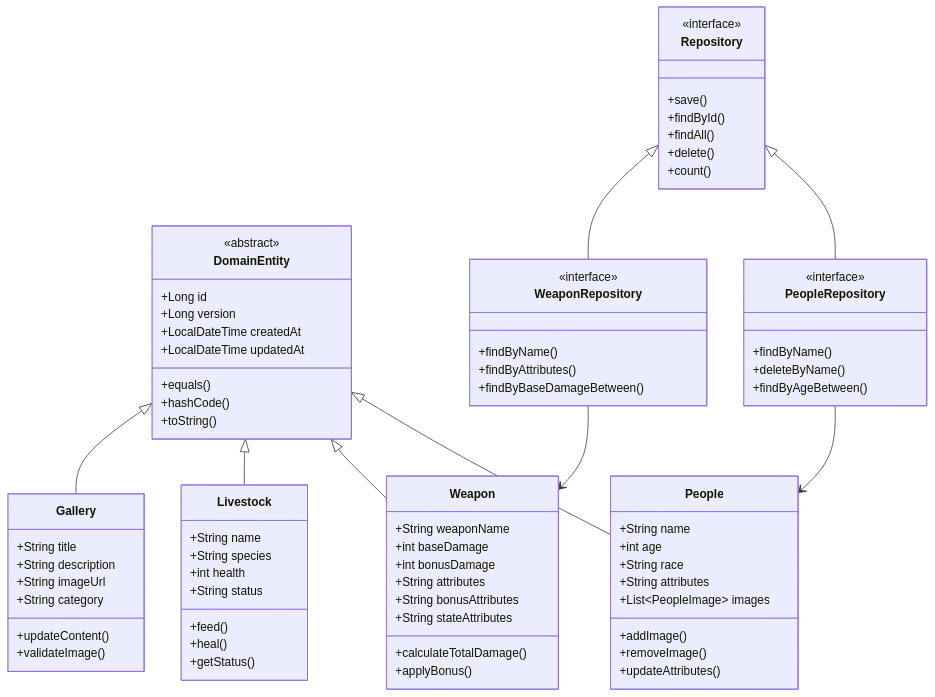
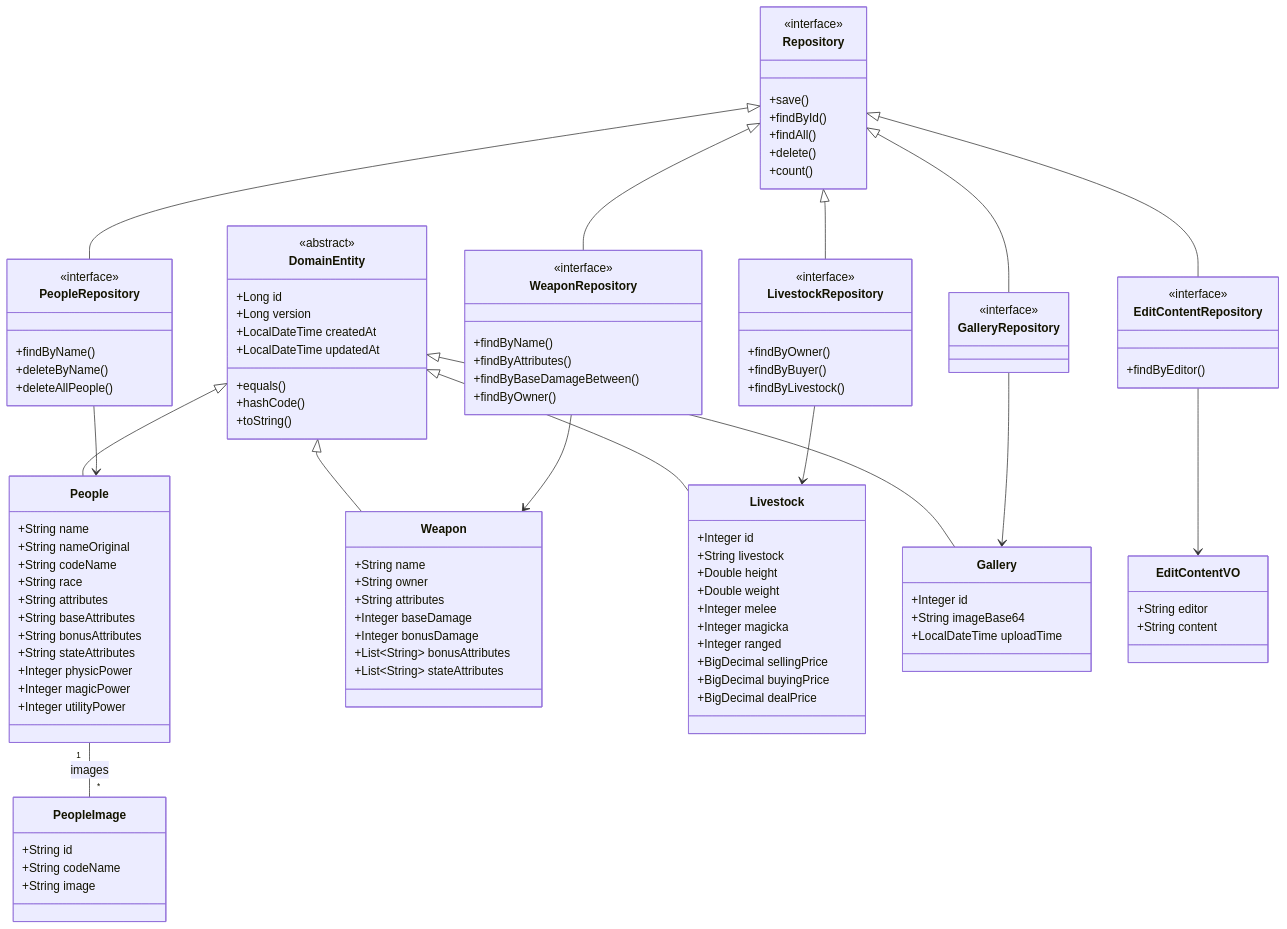
The third of 16 diagrams in README.md (Vinskao/ty-multiverse-backend), drawn with Mermaid before and after one commit. The commit also changed other lines of this file, not shown here.

Commit message:
info: update structure md

````diff
--- a/README.md
+++ b/README.md
@@ -141,48 +141,61 @@
         +hashCode()
         +toString()
     }
-    
+
     class People {
         +String name
-        +int age
+        +String nameOriginal
+        +String codeName
         +String race
         +String attributes
-        +List~PeopleImage~ images
-        +addImage()
-        +removeImage()
-        +updateAttributes()
-    }
-    
-    class Weapon {
-        +String weaponName
-        +int baseDamage
-        +int bonusDamage
-        +String attributes
+        +String baseAttributes
         +String bonusAttributes
         +String stateAttributes
-        +calculateTotalDamage()
-        +applyBonus()
+        +Integer physicPower
+        +Integer magicPower
+        +Integer utilityPower
     }
-    
+
+    class PeopleImage {
+        +String id
+        +String codeName
+        +String image
+    }
+
+    class Weapon {
+        +String name
+        +String owner
+        +String attributes
+        +Integer baseDamage
+        +Integer bonusDamage
+        +List~String~ bonusAttributes
+        +List~String~ stateAttributes
+    }
+
     class Livestock {
-        +String name
-        +String species
-        +int health
-        +String status
-        +feed()
-        +heal()
-        +getStatus()
+        +Integer id
+        +String livestock
+        +Double height
+        +Double weight
+        +Integer melee
+        +Integer magicka
+        +Integer ranged
+        +BigDecimal sellingPrice
+        +BigDecimal buyingPrice
+        +BigDecimal dealPrice
     }
-    
+
     class Gallery {
-        +String title
-        +String description
-        +String imageUrl
-        +String category
-        +updateContent()
-        +validateImage()
+        +Integer id
+        +String imageBase64
+        +LocalDateTime uploadTime
     }
-    
+
+    class EditContentVO {
+        +String editor
+        +String content
+    }
+
     class Repository {
         <<interface>>
         +save()
@@ -191,27 +204,51 @@
         +delete()
         +count()
     }
-    
+
     class PeopleRepository {
         <<interface>>
         +findByName()
         +deleteByName()
-        +findByAgeBetween()
+        +deleteAllPeople()
     }
-    
+
     class WeaponRepository {
         <<interface>>
         +findByName()
         +findByAttributes()
         +findByBaseDamageBetween()
+        +findByOwner()
     }
-    
+
+    class LivestockRepository {
+        <<interface>>
+        +findByOwner()
+        +findByBuyer()
+        +findByLivestock()
+    }
+
+    class GalleryRepository {
+        <<interface>>
+    }
+
+    class EditContentRepository {
+        <<interface>>
+        +findByEditor()
+    }
+
     DomainEntity <|-- People
     DomainEntity <|-- Weapon
     DomainEntity <|-- Livestock
     DomainEntity <|-- Gallery
     Repository <|-- PeopleRepository
     Repository <|-- WeaponRepository
+    Repository <|-- LivestockRepository
+    Repository <|-- GalleryRepository
+    Repository <|-- EditContentRepository
     PeopleRepository --> People
     WeaponRepository --> Weapon
+    LivestockRepository --> Livestock
+    GalleryRepository --> Gallery
+    EditContentRepository --> EditContentVO
+    People "1" -- "*" PeopleImage : images
 ```
````
